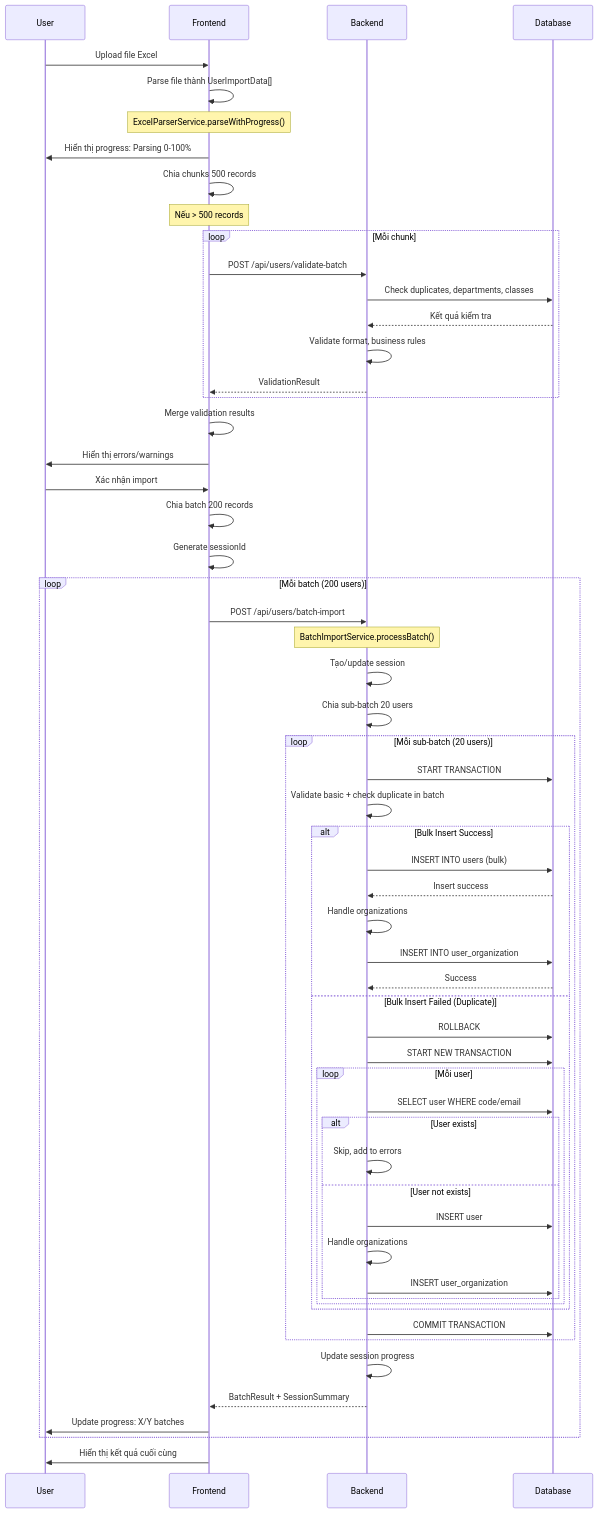
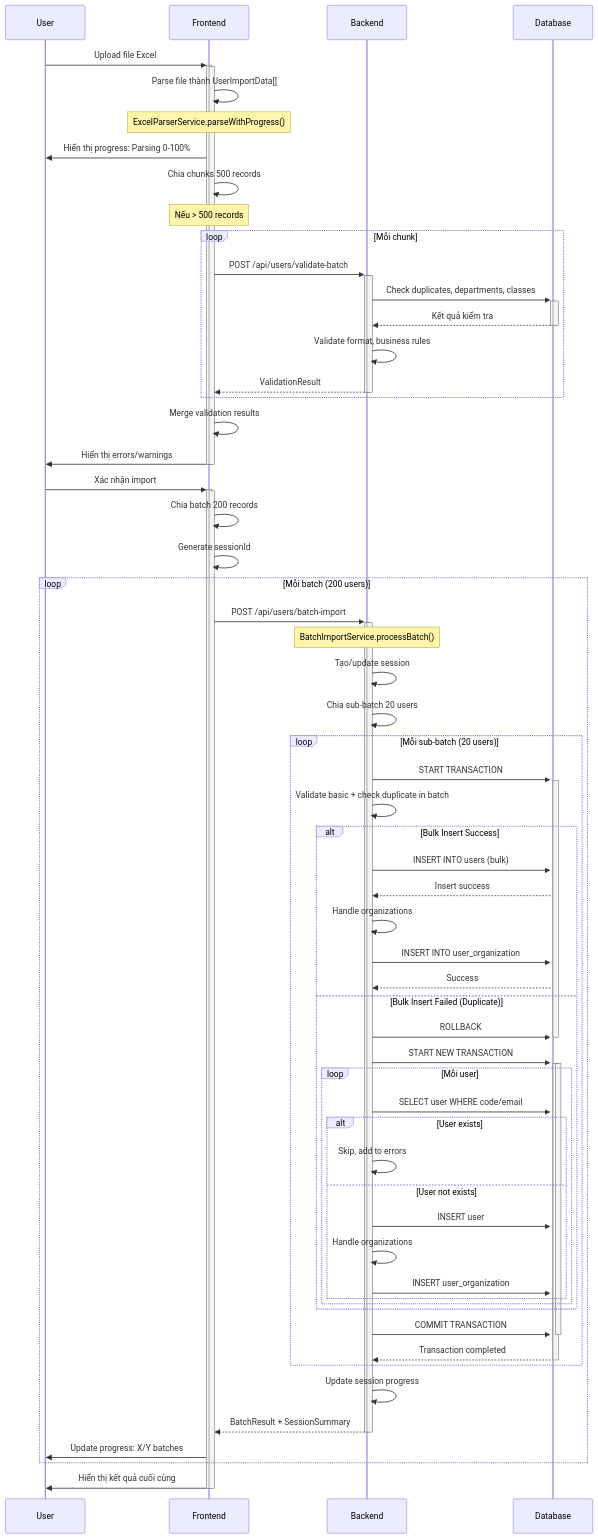
Before and after one commit to Suyq017/doanhoi-portal: the second of 2 diagrams in mechanism/Duy/user_import_workflow.md, drawn with Mermaid. The commit also changed 38 other files, not shown here.

````diff
--- a/mechanism/Duy/user_import_workflow.md
+++ b/mechanism/Duy/user_import_workflow.md
@@ -377,7 +377,8 @@
     participant BE as Backend
     participant DB as Database
     
-    User->>FE: Upload file Excel
+    User->>+FE: Upload file Excel
+    activate FE
     FE->>FE: Parse file thành UserImportData[]
     Note over FE: ExcelParserService.parseWithProgress()
     
@@ -387,30 +388,38 @@
     Note over FE: Nếu > 500 records
     
     loop Mỗi chunk
-        FE->>BE: POST /api/users/validate-batch
-        BE->>DB: Check duplicates, departments, classes
-        DB-->>BE: Kết quả kiểm tra
+        FE->>+BE: POST /api/users/validate-batch
+        activate BE
+        BE->>+DB: Check duplicates, departments, classes
+        activate DB
+        DB-->>-BE: Kết quả kiểm tra
+        deactivate DB
         BE->>BE: Validate format, business rules
-        BE-->>FE: ValidationResult
+        BE-->>-FE: ValidationResult
+        deactivate BE
     end
     
     FE->>FE: Merge validation results
-    FE->>User: Hiển thị errors/warnings
+    FE->>-User: Hiển thị errors/warnings
+    deactivate FE
     
-    User->>FE: Xác nhận import
+    User->>+FE: Xác nhận import
+    activate FE
     
     FE->>FE: Chia batch 200 records
     FE->>FE: Generate sessionId
     
     loop Mỗi batch (200 users)
-        FE->>BE: POST /api/users/batch-import
+        FE->>+BE: POST /api/users/batch-import
+        activate BE
         Note over BE: BatchImportService.processBatch()
         
         BE->>BE: Tạo/update session
         BE->>BE: Chia sub-batch 20 users
         
         loop Mỗi sub-batch (20 users)
-            BE->>DB: START TRANSACTION
+            BE->>+DB: START TRANSACTION
+            activate DB
             BE->>BE: Validate basic + check duplicate in batch
             
             alt Bulk Insert Success
@@ -421,7 +430,9 @@
                 DB-->>BE: Success
             else Bulk Insert Failed (Duplicate)
                 BE->>DB: ROLLBACK
-                BE->>DB: START NEW TRANSACTION
+                deactivate DB
+                BE->>+DB: START NEW TRANSACTION
+                activate DB
                 
                 loop Mỗi user
                     BE->>DB: SELECT user WHERE code/email
@@ -436,12 +447,16 @@
             end
             
             BE->>DB: COMMIT TRANSACTION
+            deactivate DB
+            DB-->>-BE: Transaction completed
         end
         
         BE->>BE: Update session progress
-        BE-->>FE: BatchResult + SessionSummary
+        BE-->>-FE: BatchResult + SessionSummary
+        deactivate BE
         FE->>User: Update progress: X/Y batches
     end
     
-    FE->>User: Hiển thị kết quả cuối cùng
+    FE->>-User: Hiển thị kết quả cuối cùng
+    deactivate FE
 ```
````
